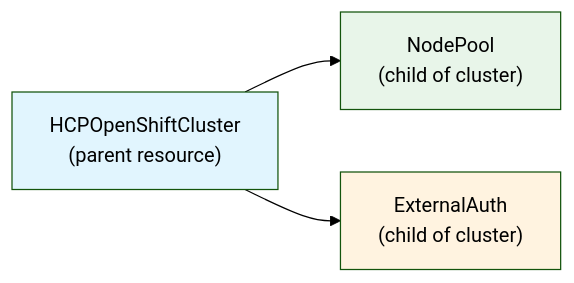
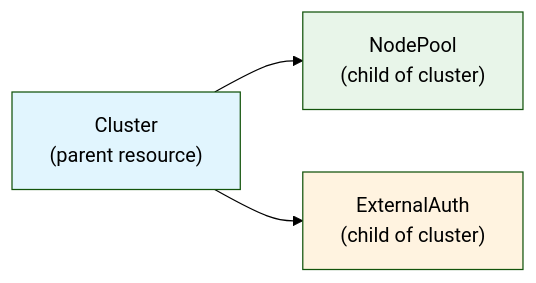
The second of 9 diagrams in docs/resource-creation.md (Azure/ARO-HCP), drawn with Mermaid (forest theme) before and after one commit. The commit also changed other lines of this file and 89 other files, not shown here.

````diff
--- a/docs/resource-creation.md
+++ b/docs/resource-creation.md
@@ -30,9 +30,9 @@
 ```mermaid
 flowchart LR
-    HCP["HCPOpenShiftCluster<br/>(parent resource)"] --> NP["NodePool<br/>(child of cluster)"]
+    HCP["Cluster<br/>(parent resource)"] --> NP["NodePool<br/>(child of cluster)"]
     HCP --> EA["ExternalAuth<br/>(child of cluster)"]
 
     style HCP fill:#e1f5fe
     style NP fill:#e8f5e9
     style EA fill:#fff3e0
 ```
````
